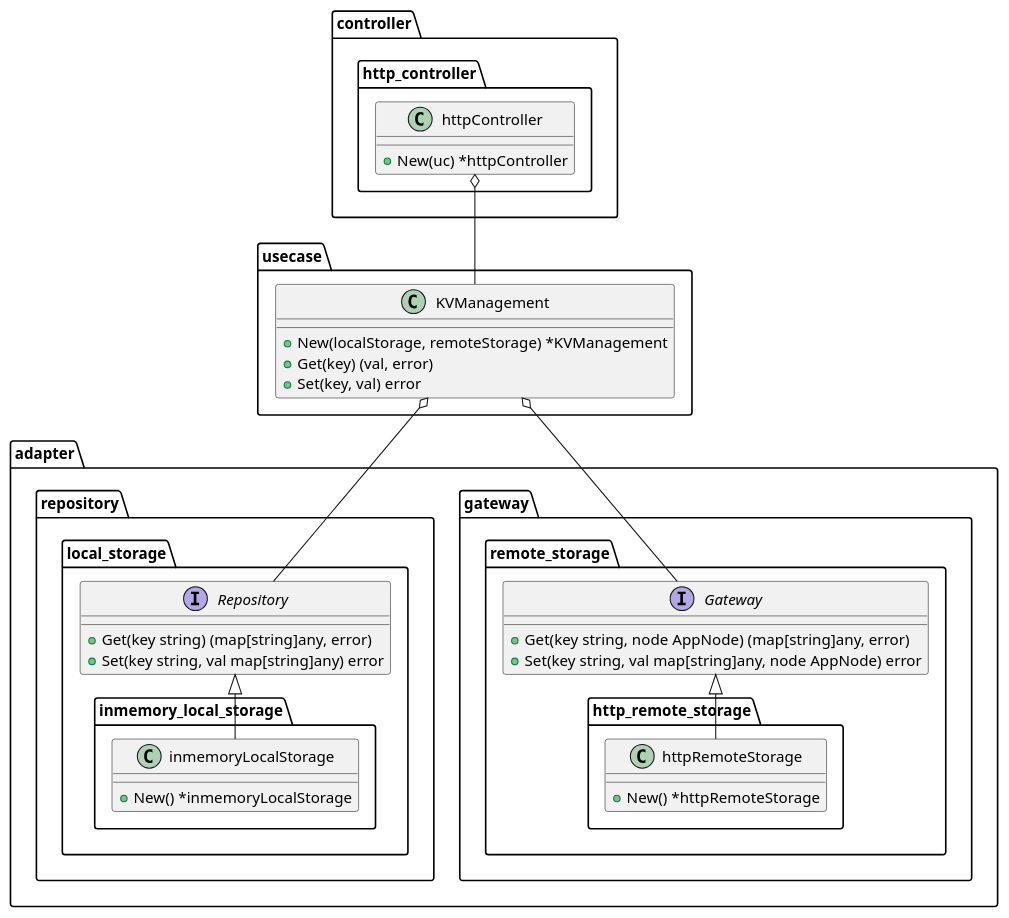
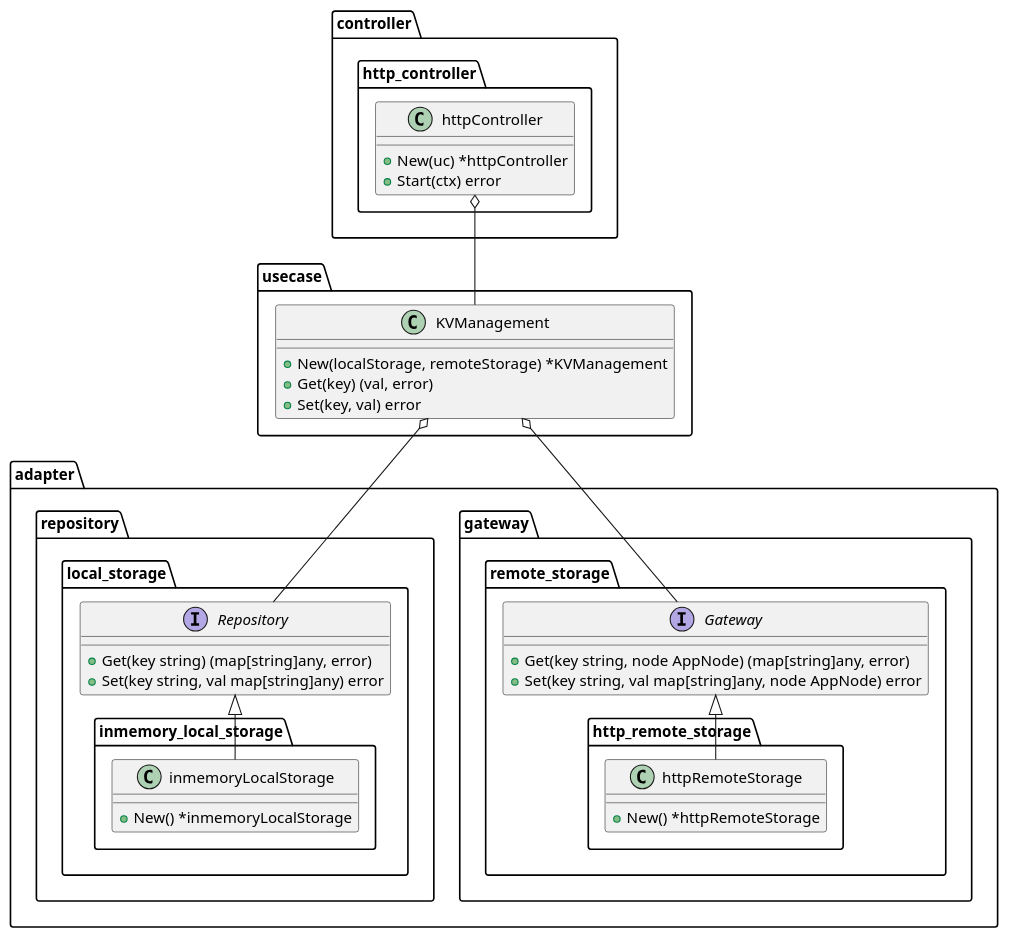
One commit to horockey/distributed_kv_storage changed the diagram in docs/class_diagram.puml. Above: the diagram before and after it, drawn with PlantUML. The commit also changed 1 other file, not shown here.

Commit message:
docs: class diagram

```diff
--- a/docs/class_diagram.puml
+++ b/docs/class_diagram.puml
@@ -1,46 +1,47 @@
 @startuml
 package adapter.gateway.remote_storage{
     interface Gateway{
         + Get(key string, node AppNode) (map[string]any, error)
         + Set(key string, val map[string]any, node AppNode) error
     }
 
     package http_remote_storage{
         class httpRemoteStorage{
             + New() *httpRemoteStorage
         }
     }
 
     http_remote_storage.httpRemoteStorage -up-|> Gateway
 }
 
 package adapter.repository.local_storage{
     interface Repository{
         + Get(key string) (map[string]any, error)
 	    + Set(key string, val map[string]any) error
     }
     package inmemory_local_storage{
         class inmemoryLocalStorage{
             + New() *inmemoryLocalStorage
         }
     }
     inmemory_local_storage.inmemoryLocalStorage -up-|> Repository
 }
 
 package usecase{
     class KVManagement{
         + New(localStorage, remoteStorage) *KVManagement
         + Get(key) (val, error)
         + Set(key, val) error
     }
 }
 usecase.KVManagement o-down- adapter.repository.local_storage.Repository
 usecase.KVManagement o-down- adapter.gateway.remote_storage.Gateway
 
 package controller.http_controller{
     class httpController{
         + New(uc) *httpController
+        + Start(ctx) error
     }
 }
 controller.http_controller.httpController o-down- usecase.KVManagement
 @enduml
```
